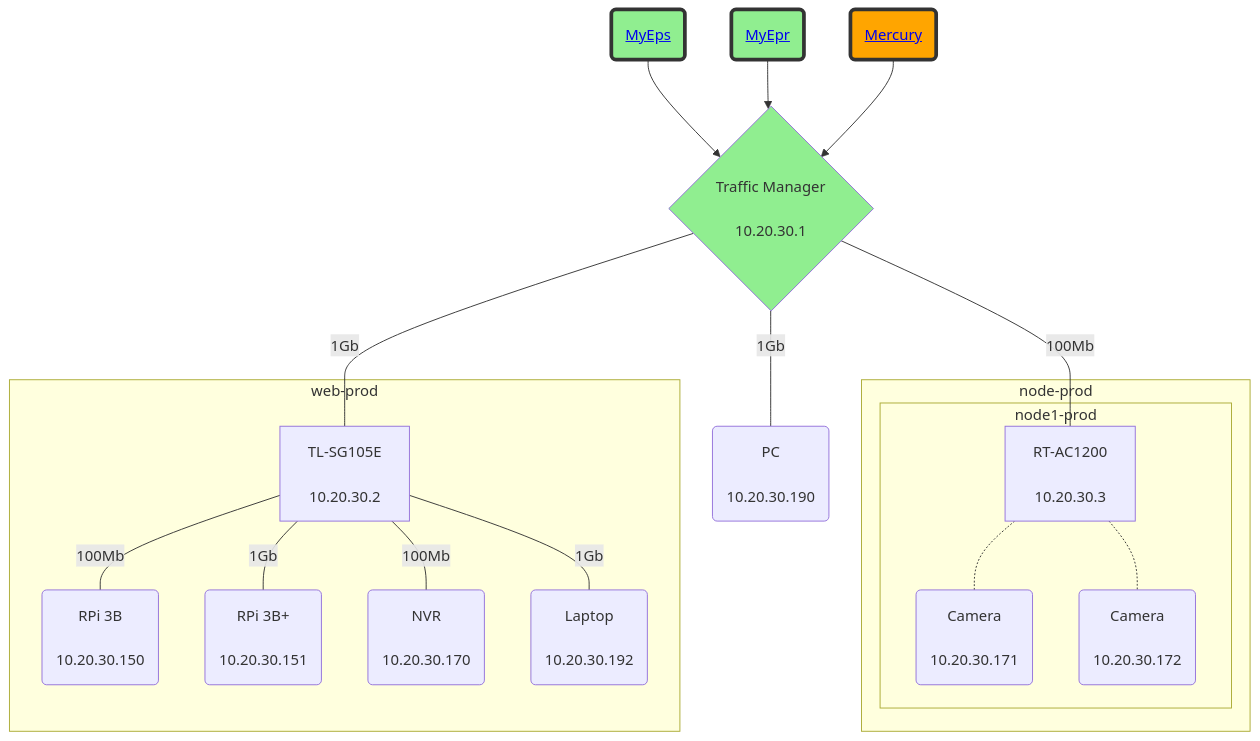
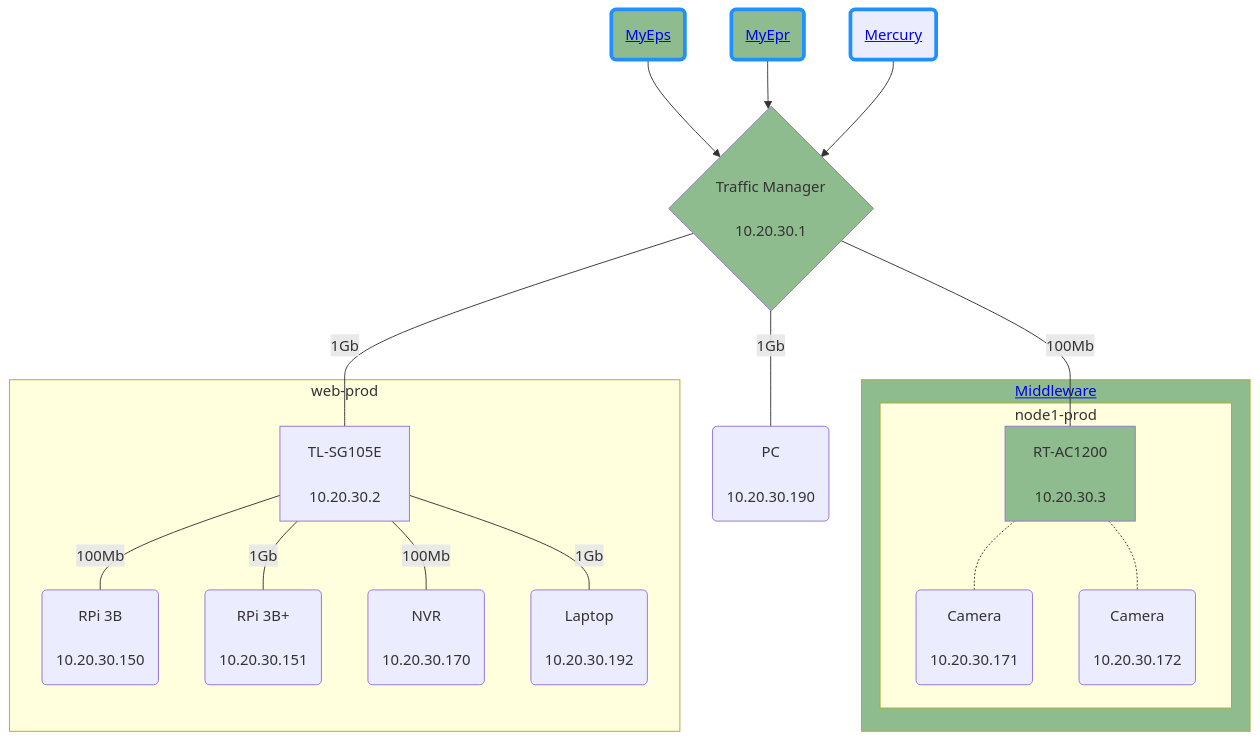
The diagram in README.md (EproductiveReleases/whatsup), drawn with Mermaid before and after one commit.

````diff
--- a/README.md
+++ b/README.md
@@ -3,29 +3,39 @@
 ```mermaid
 graph TD
  linkStyle default interpolate basis
  myeps(<center><a href='https://github.com/EproductiveReleases/whatsup/blob/main/applications/myeps/README.md'>MyEps</a></center>)-->tm
  myepr(<center><a href='https://github.com/EproductiveReleases/whatsup/blob/main/applications/myepr/README.md'>MyEpr</a></center>)-->tm
  mercury(<center><a href='https://github.com/EproductiveReleases/whatsup/blob/main/applications/mercury/README.md'>Mercury</a></center>)-->tm
  tm{<center>Traffic Manager<br><br>10.20.30.1</center>}
  tm---|100Mb|ap[<center>RT-AC1200<br><br>10.20.30.3</center>]
  tm---|1Gb|pc(<center>PC<br><br>10.20.30.190</center>)
  tm---|1Gb|switch[<center>TL-SG105E<br><br>10.20.30.2</center>]
- subgraph node-prod
+ subgraph node-pool[<center><a href='https://github.com/EproductiveReleases/whatsup/blob/main/applications/myeps/README.md'>Middleware</a></center>]
   subgraph node1-prod
-  ap-.-cam1(<center>Camera<br><br>10.20.30.171</center>)
+  ap:::up-.-cam1(<center>Camera<br><br>10.20.30.171</center>)
   ap-.-cam2(<center>Camera<br><br>10.20.30.172</center>)
   end
  end
  subgraph web-prod
  switch---|100Mb|pi1(<center>RPi 3B<br><br>10.20.30.150</center>)
  switch---|1Gb|pi2(<center>RPi 3B+<br><br>10.20.30.151</center>)
  switch---|100Mb|nvr(<center>NVR<br><br>10.20.30.170</center>)
  switch---|1Gb|laptop(<center>Laptop<br><br>10.20.30.192</center>)
  end
 
-style myeps fill:lightgreen,stroke:#333,stroke-width:4px
-style myepr fill:lightgreen,stroke:#333,stroke-width:4px
-style mercury fill:orange,stroke:#333,stroke-width:4px
-style tm fill:lightgreen
+classDef up fill:darkseagreen
+classDef issue fill:orange
+classDef down fill:orangered
+
+classDef app stroke:dodgerblue,stroke-width:4px
+
+myeps:::app
+myepr:::app
+mercury:::app
+
+myeps:::up
+myepr:::up
+tm:::up
+node-pool:::up
 
 ```
````
